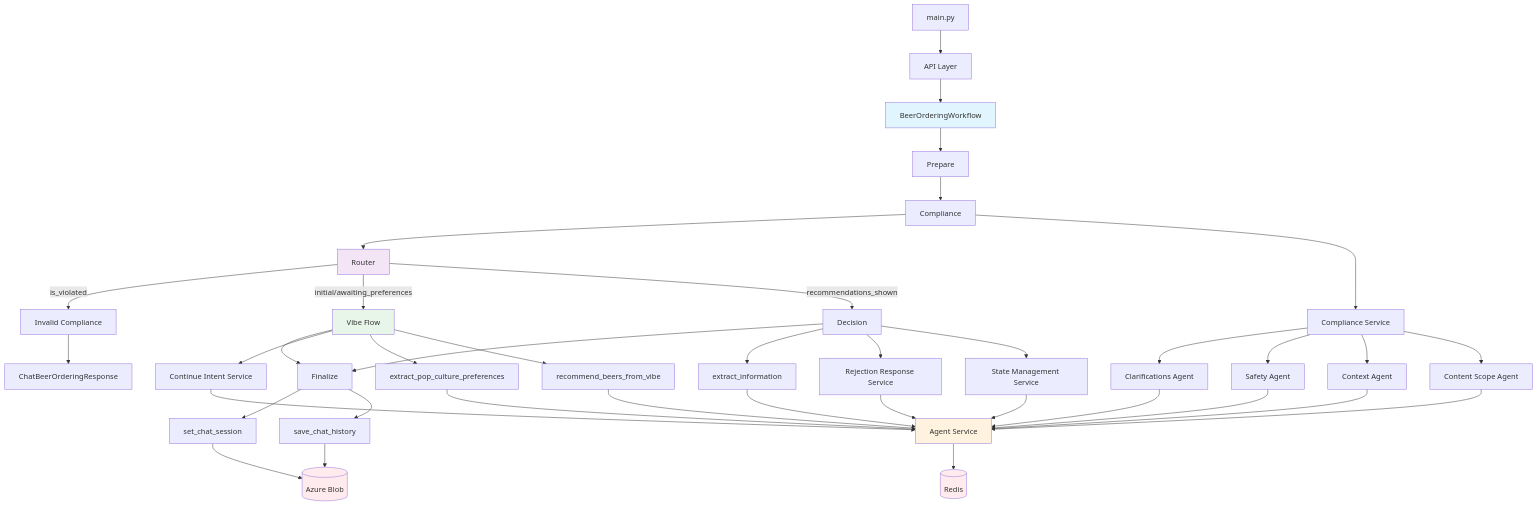
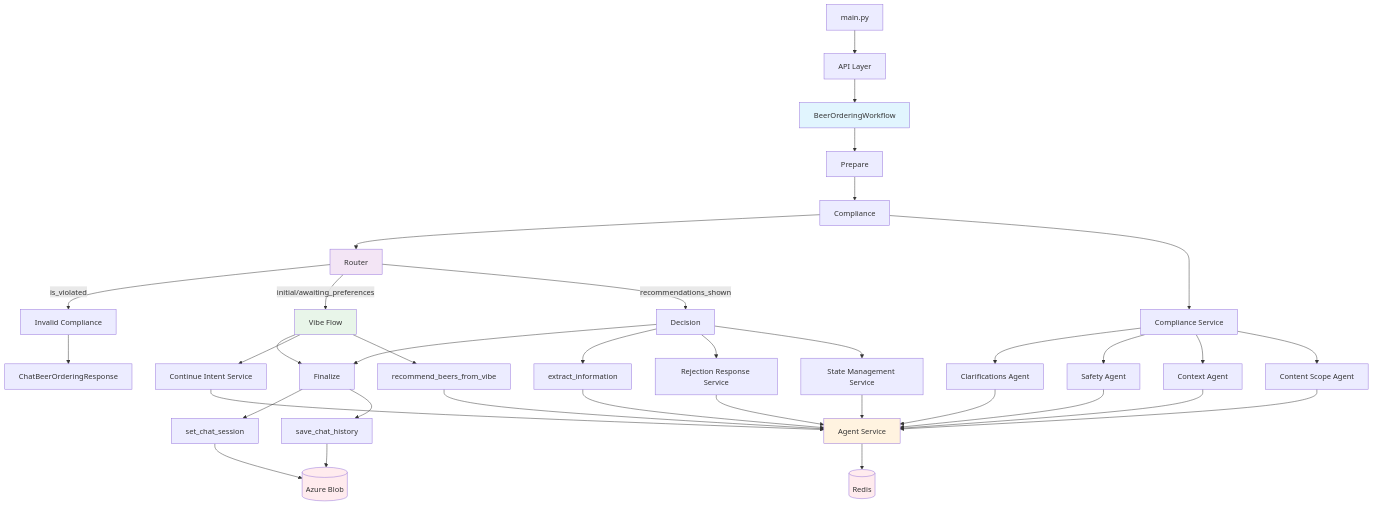
Before and after one commit to theAbyssOfTime2004/myVault: the first of 2 diagrams in 6 - Main Notes/vibe-flow overview.md, drawn with Mermaid. The commit also changed other lines of this file and 2 other files, not shown here.

```diff
--- a/6 - Main Notes/vibe-flow overview.md
+++ b/6 - Main Notes/vibe-flow overview.md
@@ -49,8 +49,6 @@
 
 VibeFlow --> ContinueIntent[Continue Intent Service]
 
-VibeFlow --> ExtractVibe[extract_pop_culture_preferences]
-
 VibeFlow --> RecommendVibe[recommend_beers_from_vibe]
 
 Decision --> ExtractInfo[extract_information]
@@ -62,8 +60,6 @@
 Clarifications & Safety & Context & ContentScope --> Agent[Agent Service]
 
 ContinueIntent --> Agent
-
-ExtractVibe --> Agent
 
 RecommendVibe --> Agent
 
```
